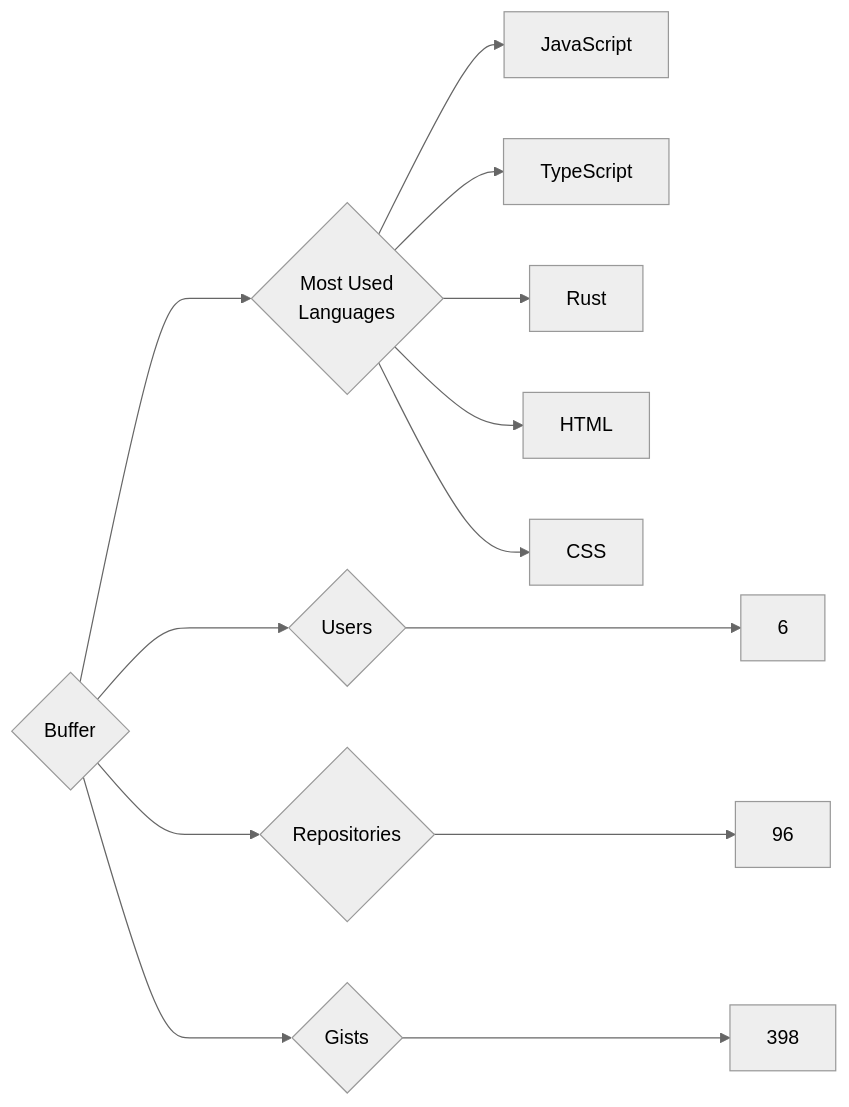
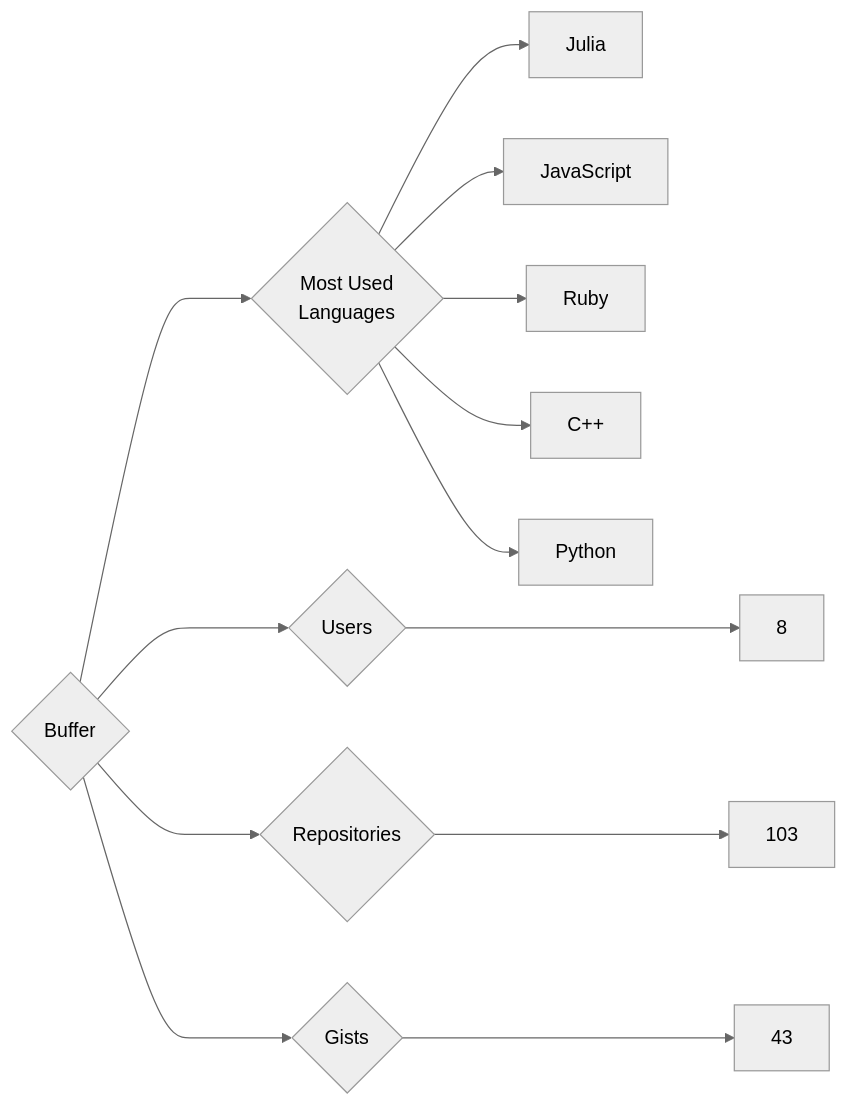
One commit to trickest/insiders changed the diagram in targets/Buffer/README.md. Above: the diagram before and after it, drawn with Mermaid (neutral theme). The commit also changed 840 other files, not shown here.

````diff
--- a/targets/Buffer/README.md
+++ b/targets/Buffer/README.md
@@ -3,13 +3,13 @@
 ```mermaid
 graph LR
 COMPANY_NAME{Buffer}
-COMPANY_NAME ---> U{Users} ---> UN[6]
-COMPANY_NAME ---> R{Repositories} ---> RN[96]
-COMPANY_NAME ---> G{Gists} ---> GN[398]
+COMPANY_NAME ---> U{Users} ---> UN[8]
+COMPANY_NAME ---> R{Repositories} ---> RN[103]
+COMPANY_NAME ---> G{Gists} ---> GN[43]
 COMPANY_NAME ---> ML{Most Used<br>Languages}
+ML --> Julia[Julia]
 ML --> JavaScript[JavaScript]
-ML --> TypeScript[TypeScript]
-ML --> Rust[Rust]
-ML --> HTML[HTML]
-ML --> CSS[CSS]
+ML --> Ruby[Ruby]
+ML --> C++[C++]
+ML --> Python[Python]
 ```
````
